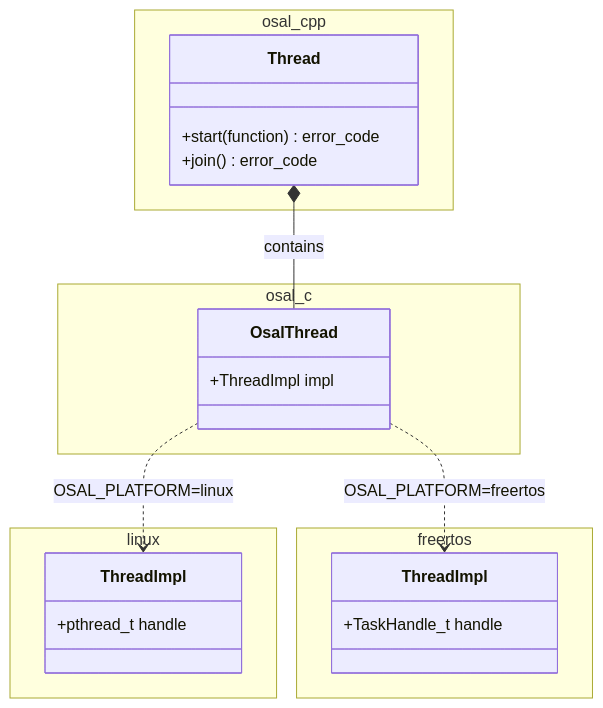
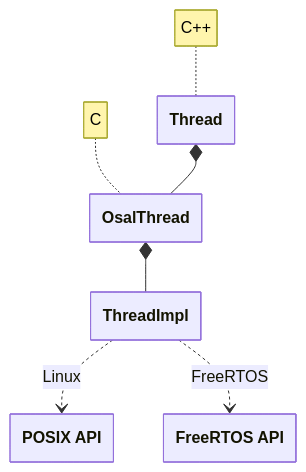
One commit to kubasejdak-org/osal changed the diagram in README.md. Above: the diagram before and after it, drawn with Mermaid. The commit also changed other lines of this file, not shown here.

Commit message:
Improve readme (#40)

````diff
--- a/README.md
+++ b/README.md
@@ -44,28 +44,23 @@
 ```mermaid
+---
+  config:
+    class:
+      hideEmptyMembersBox: true
+---
+
 classDiagram
-    namespace osal_cpp {
-        class Thread {
-            +start(function) error_code
-            +join() error_code
-        }
-    }
-    namespace osal_c {
-        class OsalThread {
-            +ThreadImpl impl
-        }
-    }
-    namespace linux {
-        class LinuxThreadImpl["ThreadImpl"] {
-            +pthread_t handle
-        }
-    }
-    namespace freertos {
-        class FreeRTOSThreadImpl["ThreadImpl"] {
-            +TaskHandle_t handle
-        }
-    }
+    class Thread
+    class OsalThread
+    class ThreadImpl
 
-    Thread *-- OsalThread : contains
-    OsalThread ..> LinuxThreadImpl : OSAL_PLATFORM=linux
-    OsalThread ..> FreeRTOSThreadImpl : OSAL_PLATFORM=freertos
+    class LinuxThreadImpl["POSIX API"]
+    class FreeRTOSThreadImpl["FreeRTOS API"]
+
+    Thread *-- OsalThread
+    OsalThread *-- ThreadImpl
+    ThreadImpl ..> LinuxThreadImpl : Linux
+    ThreadImpl ..> FreeRTOSThreadImpl : FreeRTOS
+
+    note for Thread "C++"
+    note for OsalThread "C"
 ```
````
